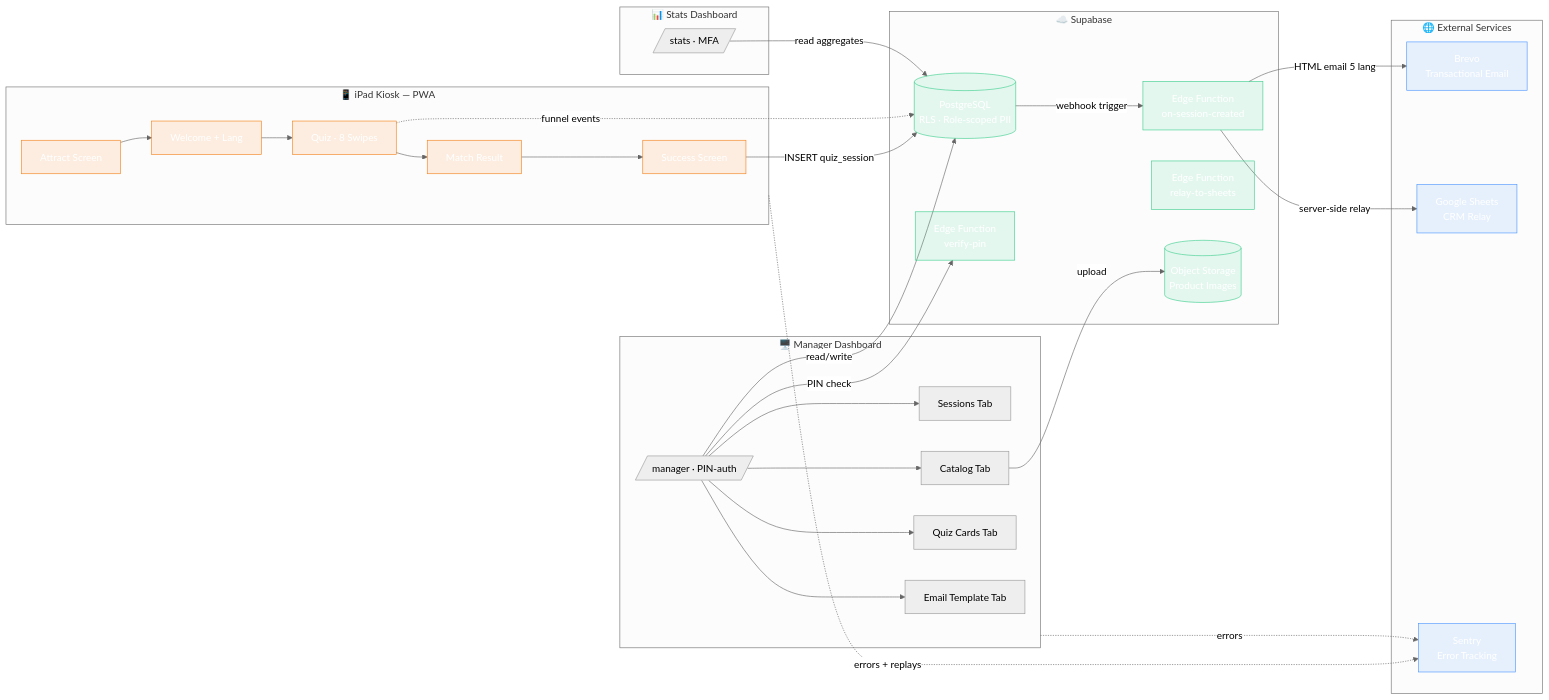
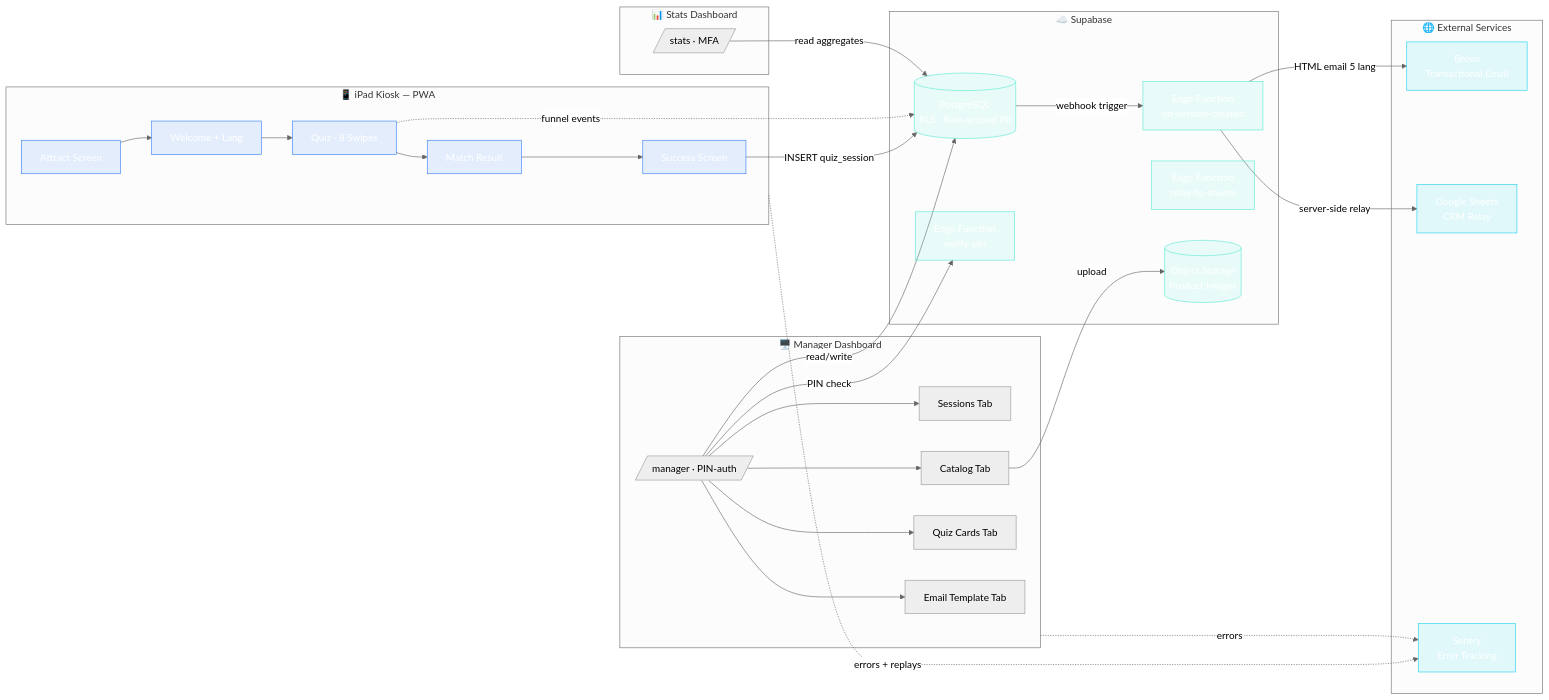
Before and after one commit to ProgAnakin/webi-match: the diagram in README.md, drawn with Mermaid (neutral theme). The commit also changed other lines of this file, not shown here.

````diff
--- a/README.md
+++ b/README.md
@@ -72,55 +72,55 @@
 ```mermaid
 flowchart LR
   subgraph iPad["📱 iPad Kiosk — PWA"]
     A[Attract Screen] --> W[Welcome + Lang]
     W --> Q[Quiz · 8 Swipes]
     Q --> M[Match Result]
     M --> S[Success Screen]
   end
 
   subgraph Manager["🖥️ Manager Dashboard"]
     D[/manager · PIN-auth/]
     D --> Sessions[Sessions Tab]
     D --> Catalog[Catalog Tab]
     D --> Cards[Quiz Cards Tab]
     D --> Email[Email Template Tab]
   end
 
   subgraph Stats["📊 Stats Dashboard"]
     ST[/stats · MFA/]
   end
 
   subgraph Supabase["☁️ Supabase"]
     DB[(PostgreSQL<br/>RLS · Role-scoped PII)]
     EF1[Edge Function<br/>on-session-created]
     EF2[Edge Function<br/>verify-pin]
     EF3[Edge Function<br/>relay-to-sheets]
     Storage[(Object Storage<br/>Product Images)]
   end
 
   subgraph External["🌐 External Services"]
     Brevo[Brevo<br/>Transactional Email]
     Sheets[Google Sheets<br/>CRM Relay]
     Sentry[Sentry<br/>Error Tracking]
   end
 
   S -->|INSERT quiz_session| DB
   DB -->|webhook trigger| EF1
   EF1 -->|HTML email 5 lang| Brevo
   EF1 -->|server-side relay| Sheets
   Q -.->|funnel events| DB
   D -->|read/write| DB
   D -->|PIN check| EF2
   ST -->|read aggregates| DB
   Catalog -->|upload| Storage
 
   iPad -.->|errors + replays| Sentry
   Manager -.->|errors| Sentry
 
-  classDef ipad fill:#f5831c20,stroke:#f5831c,color:#fff
-  classDef supa fill:#3ECF8E20,stroke:#3ECF8E,color:#fff
-  classDef ext fill:#4D96FF20,stroke:#4D96FF,color:#fff
+  classDef ipad fill:#3b82f620,stroke:#3b82f6,color:#fff
+  classDef supa fill:#5eead420,stroke:#5eead4,color:#fff
+  classDef ext fill:#22d3ee20,stroke:#22d3ee,color:#fff
   class A,W,Q,M,S ipad
   class DB,EF1,EF2,EF3,Storage supa
   class Brevo,Sheets,Sentry ext
 ```
````
